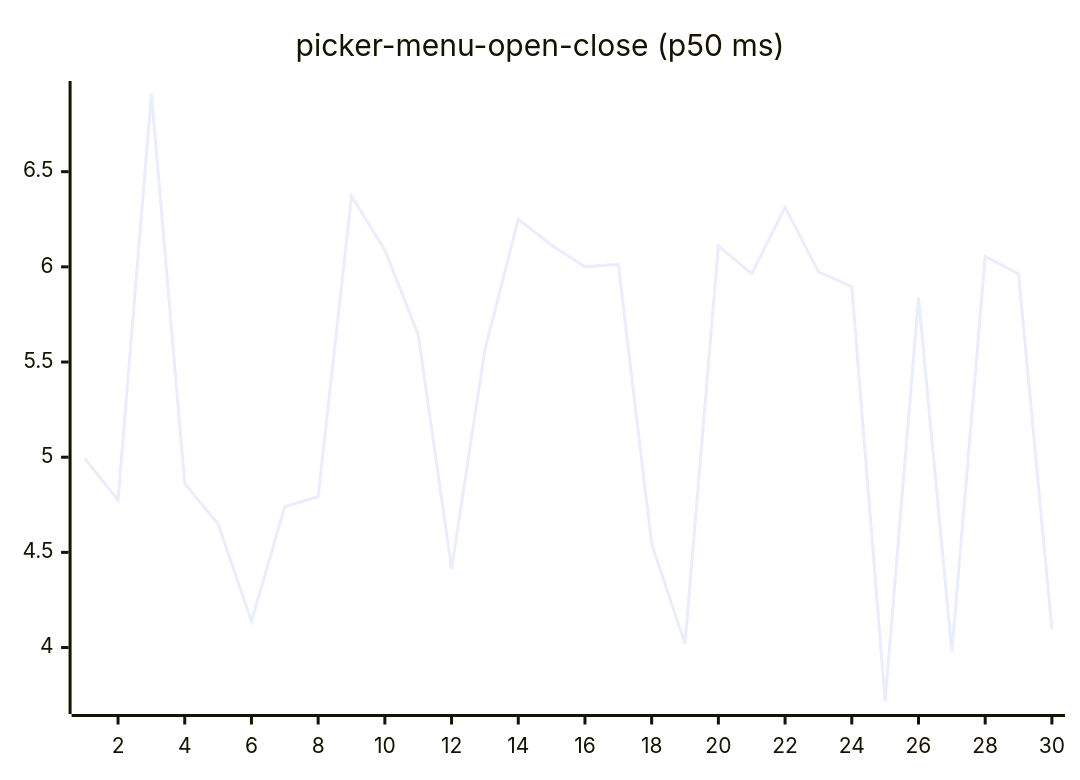
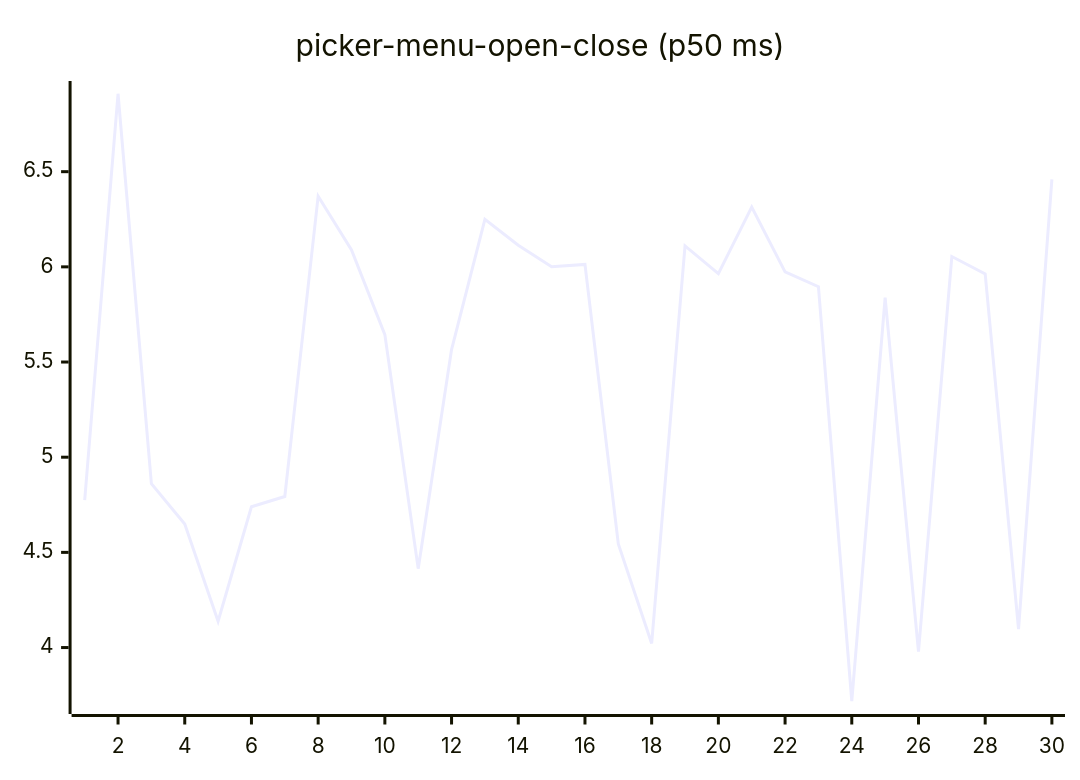
Diagram 16 of 27 in README.md (josha/Facet), drawn with Mermaid before and after one commit. The commit also changed other lines of this file and 2 other files, not shown here.

````diff
--- a/README.md
+++ b/README.md
@@ -168,6 +168,6 @@
 ```mermaid
 xychart-beta
     title "picker-menu-open-close (p50 ms)"
     x-axis 1 --> 30
-    line [4.9929, 4.7749, 6.9094, 4.8605, 4.6493, 4.1383, 4.7397, 4.7934, 6.3713, 6.0885, 5.6440, 4.4145, 5.5656, 6.2500, 6.1133, 6.0006, 6.0128, 4.5439, 4.0216, 6.1100, 5.9646, 6.3137, 5.9733, 5.8960, 3.7179, 5.8378, 3.9788, 6.0543, 5.9629, 4.0972]
+    line [4.7749, 6.9094, 4.8605, 4.6493, 4.1383, 4.7397, 4.7934, 6.3713, 6.0885, 5.6440, 4.4145, 5.5656, 6.2500, 6.1133, 6.0006, 6.0128, 4.5439, 4.0216, 6.1100, 5.9646, 6.3137, 5.9733, 5.8960, 3.7179, 5.8378, 3.9788, 6.0543, 5.9629, 4.0972, 6.4594]
 ```
````
